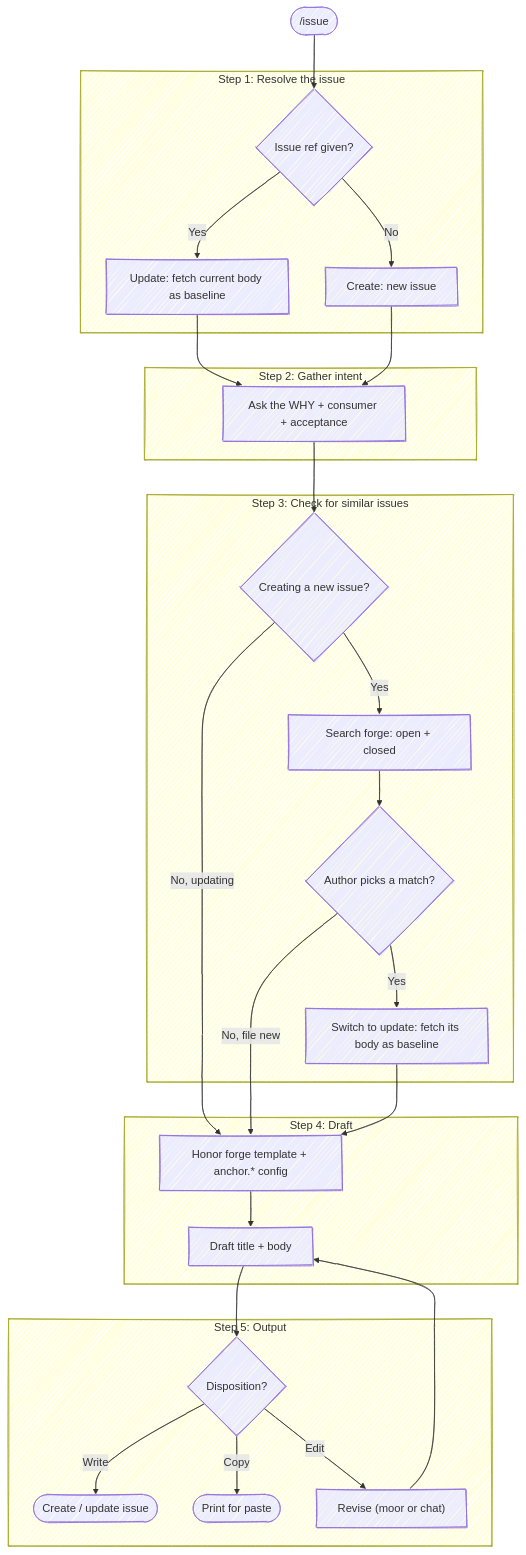
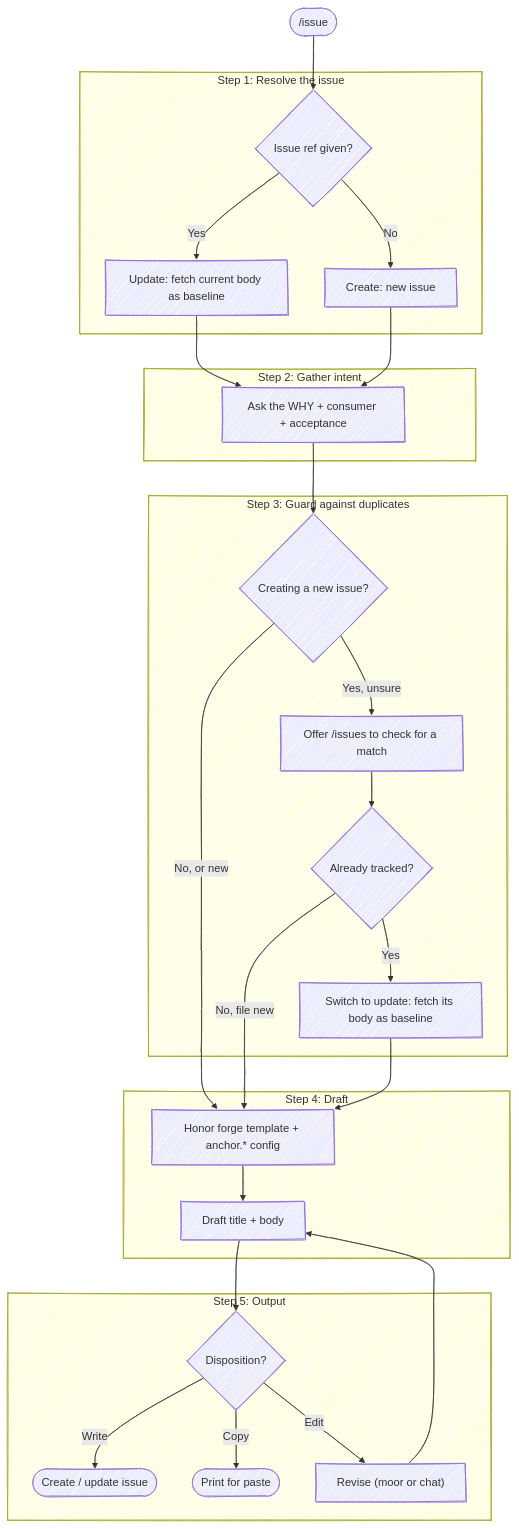
One commit to chris-peterson/anchor changed the diagram in skills/issue/SKILL.md. Above: the diagram before and after it, drawn with Mermaid. The commit also changed other lines of this file and 9 other files, not shown here.

````diff
--- a/skills/issue/SKILL.md
+++ b/skills/issue/SKILL.md
@@ -14,38 +14,38 @@
 ```mermaid
 %%{ init: { 'look': 'handDrawn' } }%%
 flowchart TD
     Start(["/issue"]) --> Mode{Issue ref given?}
 
     subgraph "Step 1: Resolve the issue"
         Mode -->|Yes| Update["Update: fetch current body as baseline"]
         Mode -->|No| Create["Create: new issue"]
     end
 
     subgraph "Step 2: Gather intent"
         Update --> Why["Ask the WHY + consumer + acceptance"]
         Create --> Why
     end
 
-    subgraph "Step 3: Check for similar issues"
+    subgraph "Step 3: Guard against duplicates"
         Why --> FromCreate{Creating a new issue?}
-        FromCreate -->|Yes| Search["Search forge: open + closed"]
-        Search --> Match{Author picks a match?}
+        FromCreate -->|Yes, unsure| Check["Offer /issues to check for a match"]
+        Check --> Match{Already tracked?}
         Match -->|Yes| Reuse["Switch to update: fetch its body as baseline"]
     end
 
     subgraph "Step 4: Draft"
         Tmpl["Honor forge template + anchor.* config"]
         Tmpl --> Draft["Draft title + body"]
     end
 
-    FromCreate -->|No, updating| Tmpl
+    FromCreate -->|No, or new| Tmpl
     Match -->|No, file new| Tmpl
     Reuse --> Tmpl
 
     subgraph "Step 5: Output"
         Draft --> Out{Disposition?}
         Out -->|Write| Forge(["Create / update issue"])
         Out -->|Copy| CopyOnly(["Print for paste"])
         Out -->|Edit| Revise["Revise (moor or chat)"] --> Draft
     end
 ```
````
